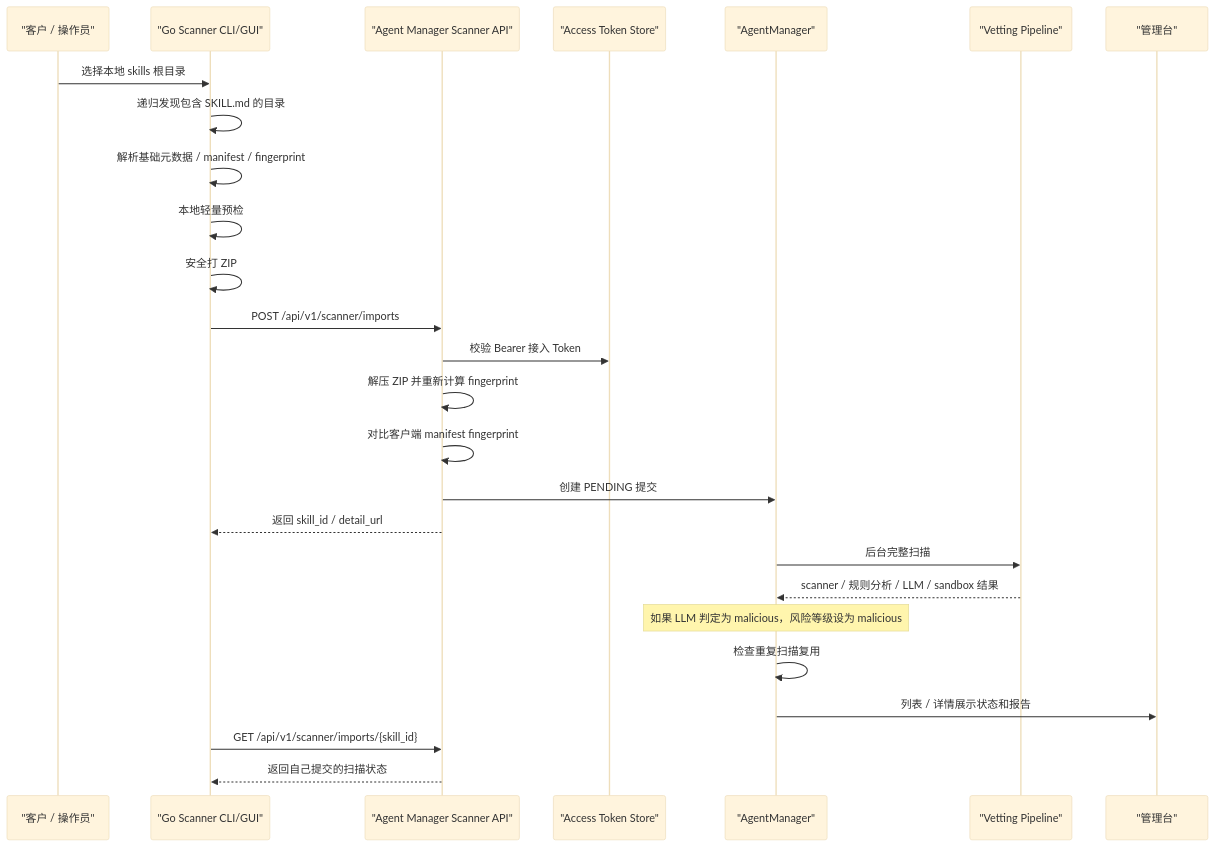
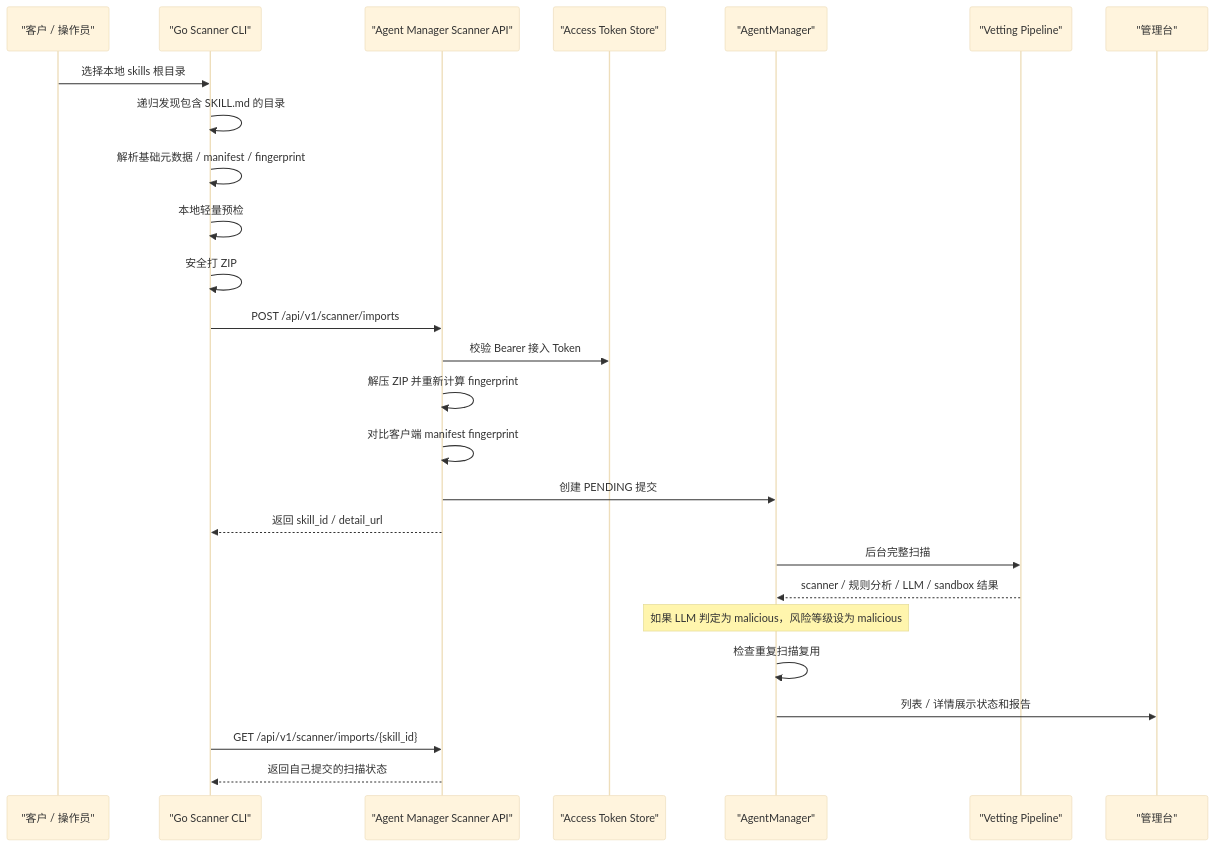
The diagram in docs/skill-scanner.md (HuangLuGuang/skill-manager), drawn with Mermaid (base theme) before and after one commit. The commit also changed other lines of this file and 36 other files, not shown here.

````diff
--- a/docs/skill-scanner.md
+++ b/docs/skill-scanner.md
@@ -27,29 +26,29 @@
 ```mermaid
 sequenceDiagram
     participant User as "客户 / 操作员"
-    participant Scanner as "Go Scanner CLI/GUI"
+    participant Scanner as "Go Scanner CLI"
     participant API as "Agent Manager Scanner API"
     participant Token as "Access Token Store"
     participant Mgr as "AgentManager"
     participant Vet as "Vetting Pipeline"
     participant UI as "管理台"
 
     User->>Scanner: 选择本地 skills 根目录
     Scanner->>Scanner: 递归发现包含 SKILL.md 的目录
     Scanner->>Scanner: 解析基础元数据 / manifest / fingerprint
     Scanner->>Scanner: 本地轻量预检
     Scanner->>Scanner: 安全打 ZIP
     Scanner->>API: POST /api/v1/scanner/imports
     API->>Token: 校验 Bearer 接入 Token
     API->>API: 解压 ZIP 并重新计算 fingerprint
     API->>API: 对比客户端 manifest fingerprint
     API->>Mgr: 创建 PENDING 提交
     API-->>Scanner: 返回 skill_id / detail_url
     Mgr->>Vet: 后台完整扫描
     Vet-->>Mgr: scanner / 规则分析 / LLM / sandbox 结果
     Note over Mgr: 如果 LLM 判定为 malicious，风险等级设为 malicious
     Mgr->>Mgr: 检查重复扫描复用
     Mgr->>UI: 列表 / 详情展示状态和报告
     Scanner->>API: GET /api/v1/scanner/imports/{skill_id}
     API-->>Scanner: 返回自己提交的扫描状态
 ```
````
